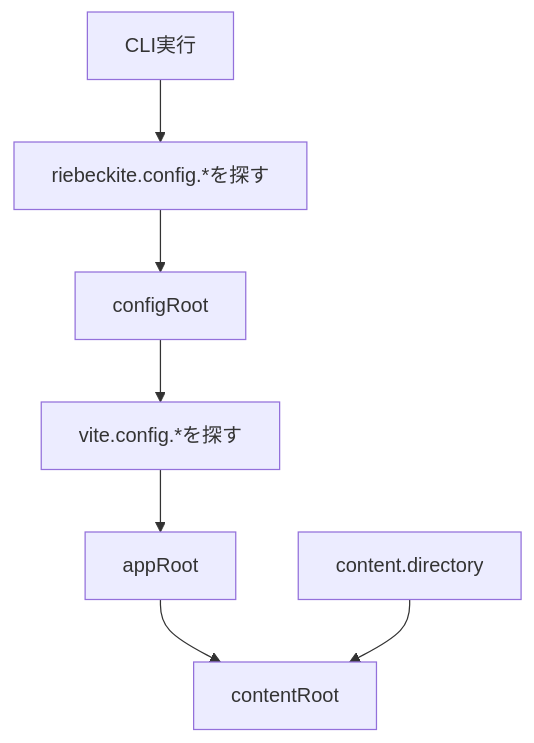
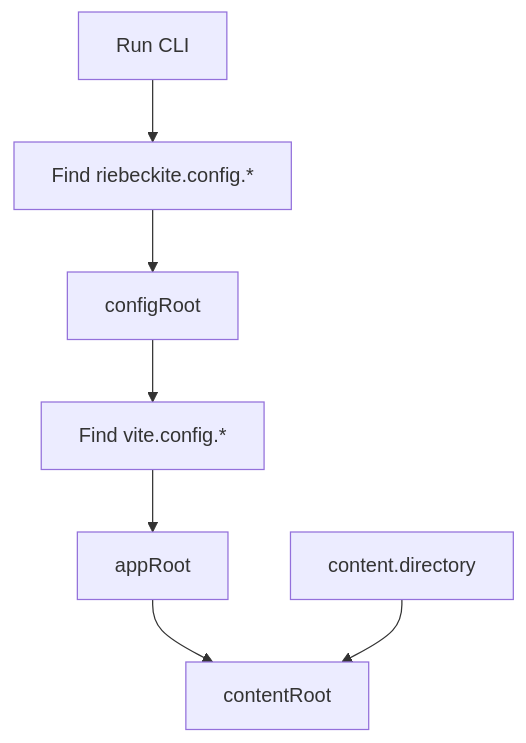
The third of 13 diagrams in docs/docs/guides/deployment/separate-content-repository.md (Rerurate514/riebeckite), drawn with Mermaid before and after one commit. The commit also changed other lines of this file and 604 other files, not shown here.

````diff
--- a/docs/docs/guides/deployment/separate-content-repository.md
+++ b/docs/docs/guides/deployment/separate-content-repository.md
@@ -145,17 +66,17 @@
-```mermaid id="r6y9gr"
+```mermaid
 flowchart TD
-    CLI["CLI実行"]
-    Config["riebeckite.config.*を探す"]
+    CLI["Run CLI"]
+    Config["Find riebeckite.config.*"]
     ConfigRoot["configRoot"]
-    Vite["vite.config.*を探す"]
+    Vite["Find vite.config.*"]
     AppRoot["appRoot"]
     Directory["content.directory"]
     ContentRoot["contentRoot"]
 
     CLI --> Config
     Config --> ConfigRoot
     ConfigRoot --> Vite
     Vite --> AppRoot
     AppRoot --> ContentRoot
     Directory --> ContentRoot
 ```
````
